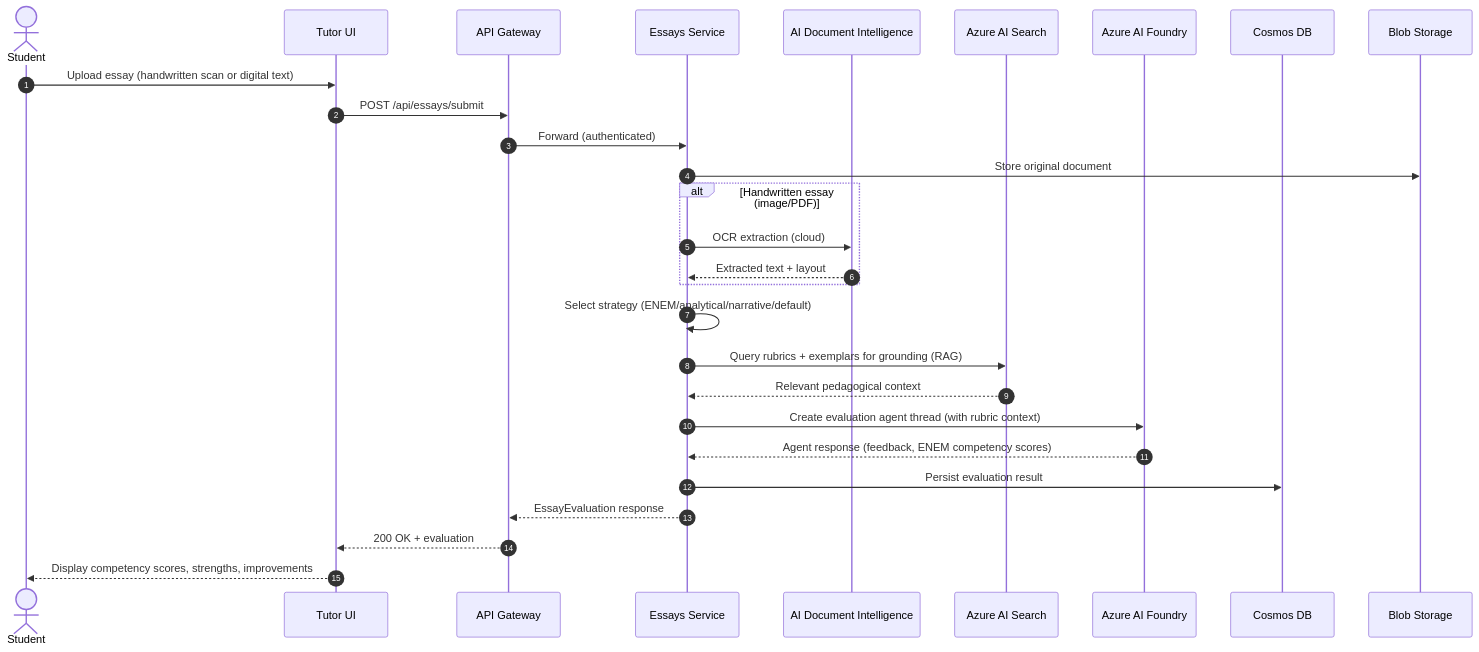
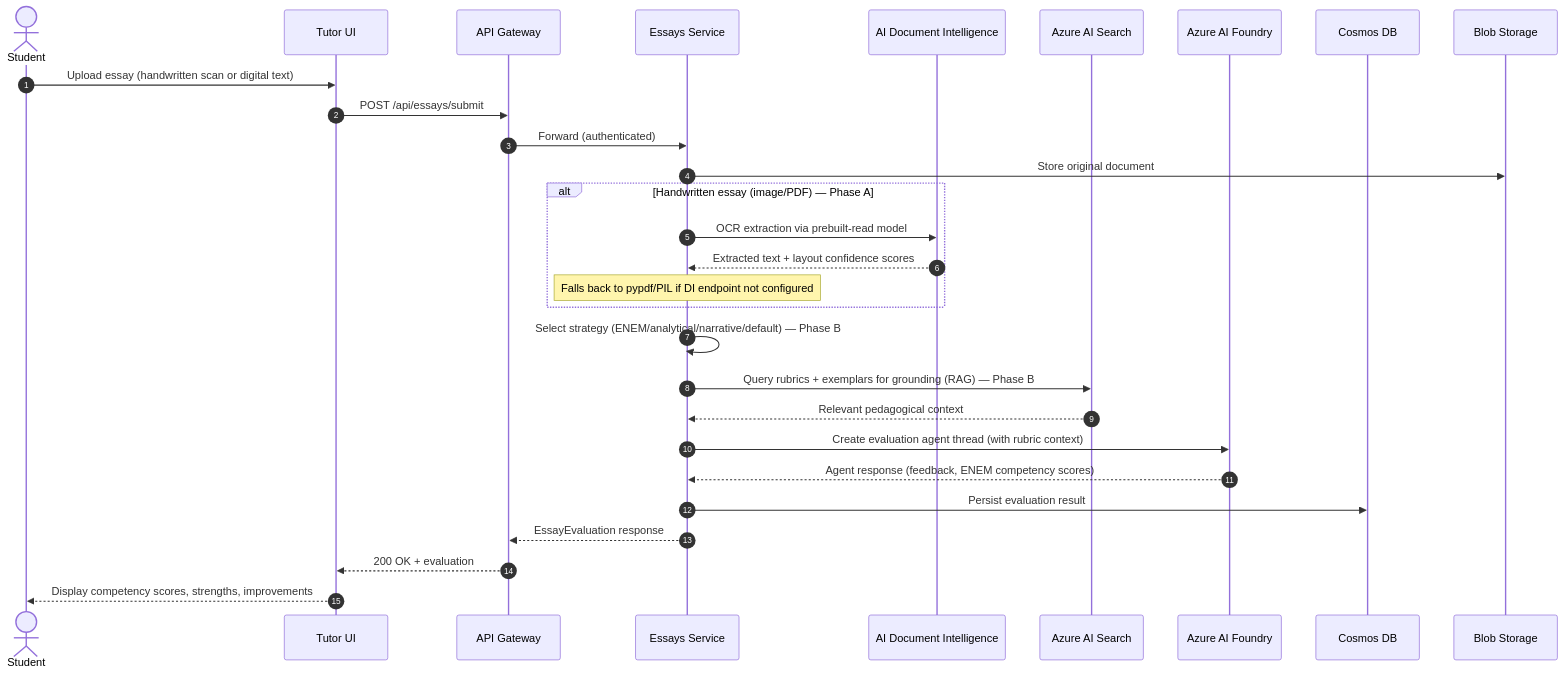
Before and after one commit to Azure-Samples/tutor: the third of 26 diagrams in docs/architecture.md, drawn with Mermaid. The commit also changed other lines of this file and 5 other files, not shown here.

First line of the commit message:
docs(adr): accept ADR-010, scope OCR Phase A into feat/ocr-essay-ingestion

````diff
--- a/docs/architecture.md
+++ b/docs/architecture.md
@@ -145,33 +151,34 @@
 ```mermaid
 sequenceDiagram
     autonumber
     actor Student
     participant UI as Tutor UI
     participant APIM as API Gateway
     participant Essays as Essays Service
     participant DocIntel as AI Document Intelligence
     participant AISearch as Azure AI Search
     participant Foundry as Azure AI Foundry
     participant Cosmos as Cosmos DB
     participant Blob as Blob Storage
 
     Student->>UI: Upload essay (handwritten scan or digital text)
     UI->>APIM: POST /api/essays/submit
     APIM->>Essays: Forward (authenticated)
     Essays->>Blob: Store original document
 
-    alt Handwritten essay (image/PDF)
-        Essays->>DocIntel: OCR extraction (cloud)
-        DocIntel-->>Essays: Extracted text + layout
+    alt Handwritten essay (image/PDF) — Phase A
+        Essays->>DocIntel: OCR extraction via prebuilt-read model
+        DocIntel-->>Essays: Extracted text + layout confidence scores
+        Note over Essays: Falls back to pypdf/PIL if DI endpoint not configured
     end
 
-    Essays->>Essays: Select strategy (ENEM/analytical/narrative/default)
-    Essays->>AISearch: Query rubrics + exemplars for grounding (RAG)
+    Essays->>Essays: Select strategy (ENEM/analytical/narrative/default) — Phase B
+    Essays->>AISearch: Query rubrics + exemplars for grounding (RAG) — Phase B
     AISearch-->>Essays: Relevant pedagogical context
     Essays->>Foundry: Create evaluation agent thread (with rubric context)
     Foundry-->>Essays: Agent response (feedback, ENEM competency scores)
     Essays->>Cosmos: Persist evaluation result
     Essays-->>APIM: EssayEvaluation response
     APIM-->>UI: 200 OK + evaluation
     UI-->>Student: Display competency scores, strengths, improvements
 ```
````
